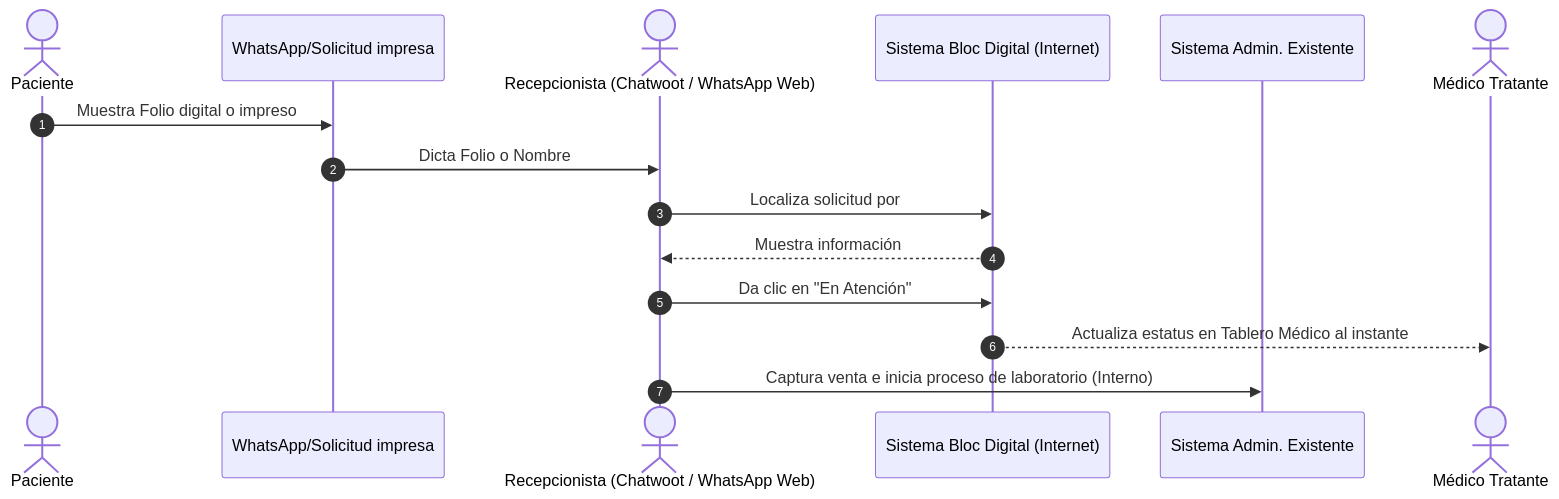
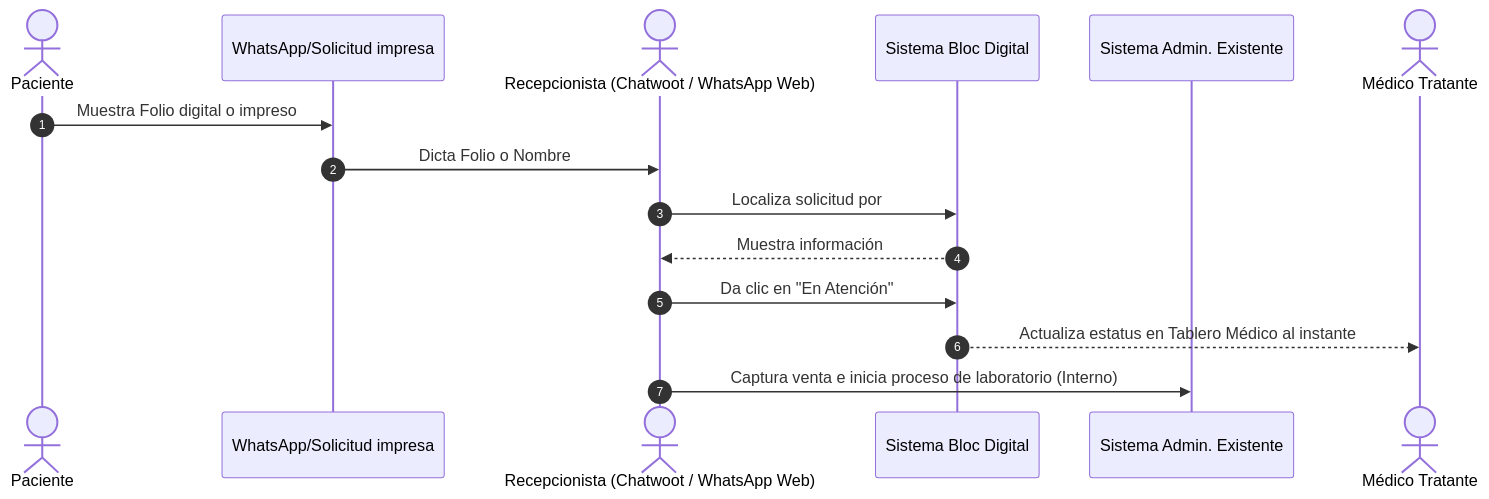
One commit to cbenavides/caelitandem_home changed the diagram in portafolio-dev-2026/blocklabgd/contrato-laesh/v1.0/diagramas1.0/diag2.mmd. Above: the diagram before and after it, drawn with Mermaid. The commit also changed 20 other files, not shown here.

Commit message:
Version 2.6, Refinando scope de resumen y propuesta para laesh se homologaron terminos , se incluyeron 3 diagramas mas para WA.

```diff
--- a/portafolio-dev-2026/blocklabgd/contrato-laesh/v1.0/diagramas1.0/diag2.mmd
+++ b/portafolio-dev-2026/blocklabgd/contrato-laesh/v1.0/diagramas1.0/diag2.mmd
@@ -1,16 +1,16 @@
 sequenceDiagram
     autonumber
     actor Paciente as Paciente
     participant WA as WhatsApp/Solicitud impresa
     actor Recepcion as Recepcionista (Chatwoot / WhatsApp Web)
-    participant Sistema as Sistema Bloc Digital (Internet)
+    participant Sistema as Sistema Bloc Digital
     participant LIS as Sistema Admin. Existente
     actor Medico as Médico Tratante
 
     Paciente->>WA: Muestra Folio digital o impreso
     WA->>Recepcion: Dicta Folio o Nombre
     Recepcion->>Sistema: Localiza solicitud por #Folio
     Sistema-->>Recepcion: Muestra información
     Recepcion->>Sistema: Da clic en "En Atención"
     Sistema-->>Medico: Actualiza estatus en Tablero Médico al instante
     Recepcion->>LIS: Captura venta e inicia proceso de laboratorio (Interno)
```
